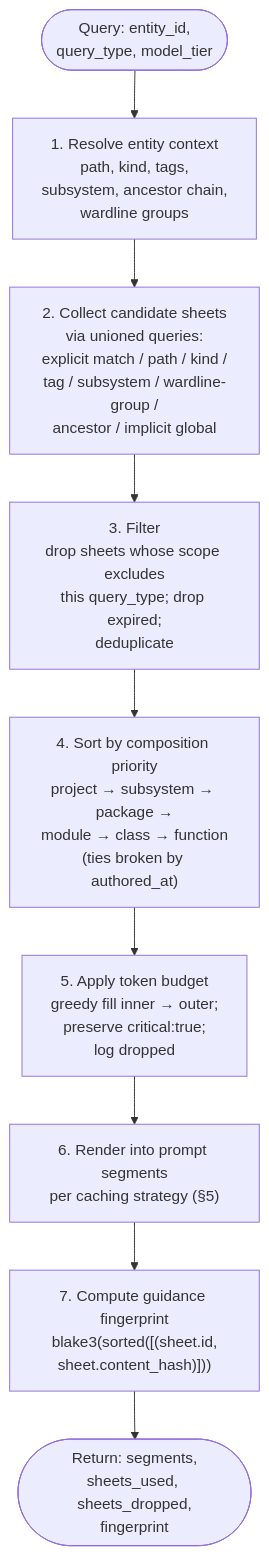
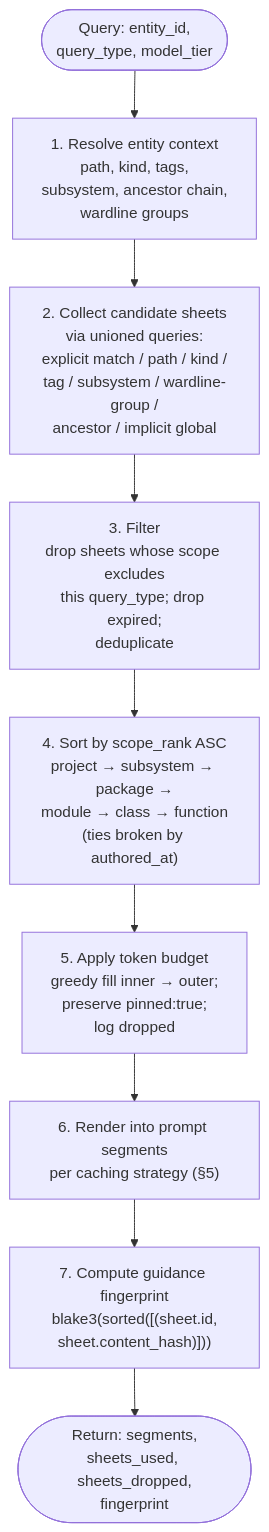
One commit to tachyon-beep/clarion changed the seventh of 7 diagrams in docs/clarion/v0.1/system-design.md. Above: the diagram before and after it, drawn with Mermaid. The commit also changed other lines of this file and 7 other files, not shown here.

````diff
--- a/docs/clarion/v0.1/system-design.md
+++ b/docs/clarion/v0.1/system-design.md
@@ -669,14 +669,14 @@
 ```mermaid
 flowchart TB
     Start(["Query: entity_id,<br/>query_type, model_tier"])
     Resolve["1. Resolve entity context<br/>path, kind, tags,<br/>subsystem, ancestor chain,<br/>wardline groups"]
     Collect["2. Collect candidate sheets<br/>via unioned queries:<br/>explicit match / path / kind /<br/>tag / subsystem / wardline-group /<br/>ancestor / implicit global"]
     Filter["3. Filter<br/>drop sheets whose scope excludes<br/>this query_type; drop expired;<br/>deduplicate"]
-    Sort["4. Sort by composition priority<br/>project → subsystem → package →<br/>module → class → function<br/>(ties broken by authored_at)"]
-    Budget["5. Apply token budget<br/>greedy fill inner → outer;<br/>preserve critical:true;<br/>log dropped"]
+    Sort["4. Sort by scope_rank ASC<br/>project → subsystem → package →<br/>module → class → function<br/>(ties broken by authored_at)"]
+    Budget["5. Apply token budget<br/>greedy fill inner → outer;<br/>preserve pinned:true;<br/>log dropped"]
     Render["6. Render into prompt segments<br/>per caching strategy (§5)"]
     Fingerprint["7. Compute guidance fingerprint<br/>blake3(sorted([(sheet.id,<br/>sheet.content_hash)]))"]
     Return(["Return: segments,<br/>sheets_used, sheets_dropped,<br/>fingerprint"])
 
     Start --> Resolve --> Collect --> Filter --> Sort --> Budget --> Render --> Fingerprint --> Return
 ```
````
